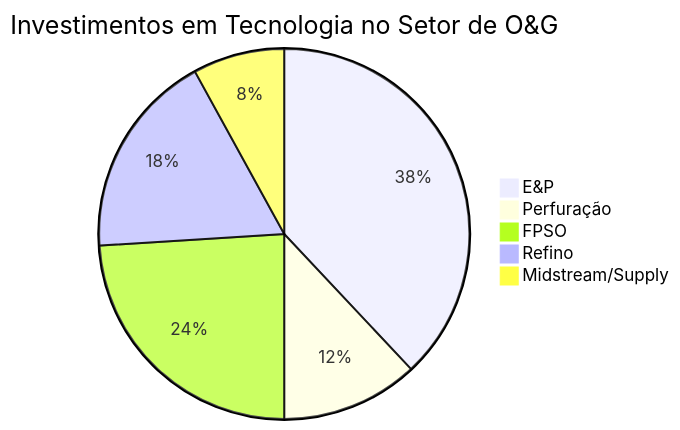
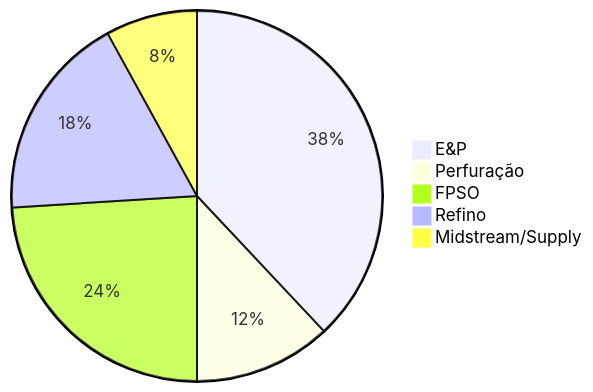
The second of 5 diagrams in AnaliseMercado.md (wonder-dmercadal/PublicReports), drawn with Mermaid before and after one commit.

````diff
--- a/AnaliseMercado.md
+++ b/AnaliseMercado.md
@@ -55,9 +55,8 @@
 ```mermaid
 pie
-    title Investimentos em Tecnologia no Setor de O&G
     "E&P" : 38
     "Perfuração" : 12
     "FPSO" : 24
     "Refino" : 18
     "Midstream/Supply" : 8
 ```
````
